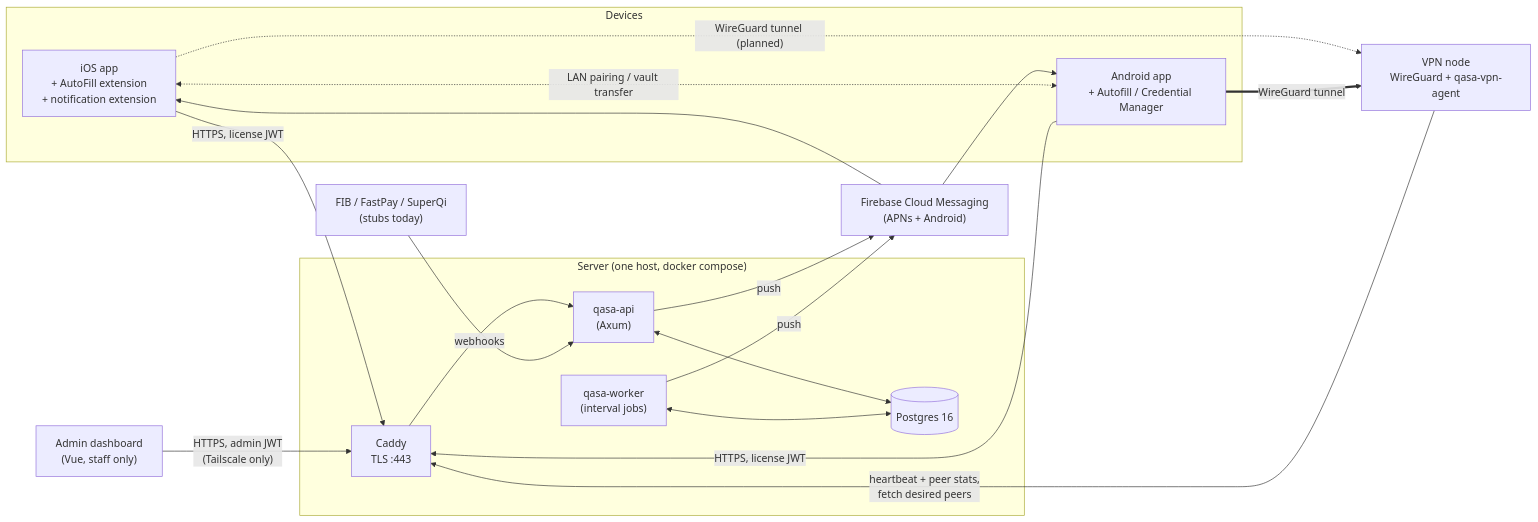
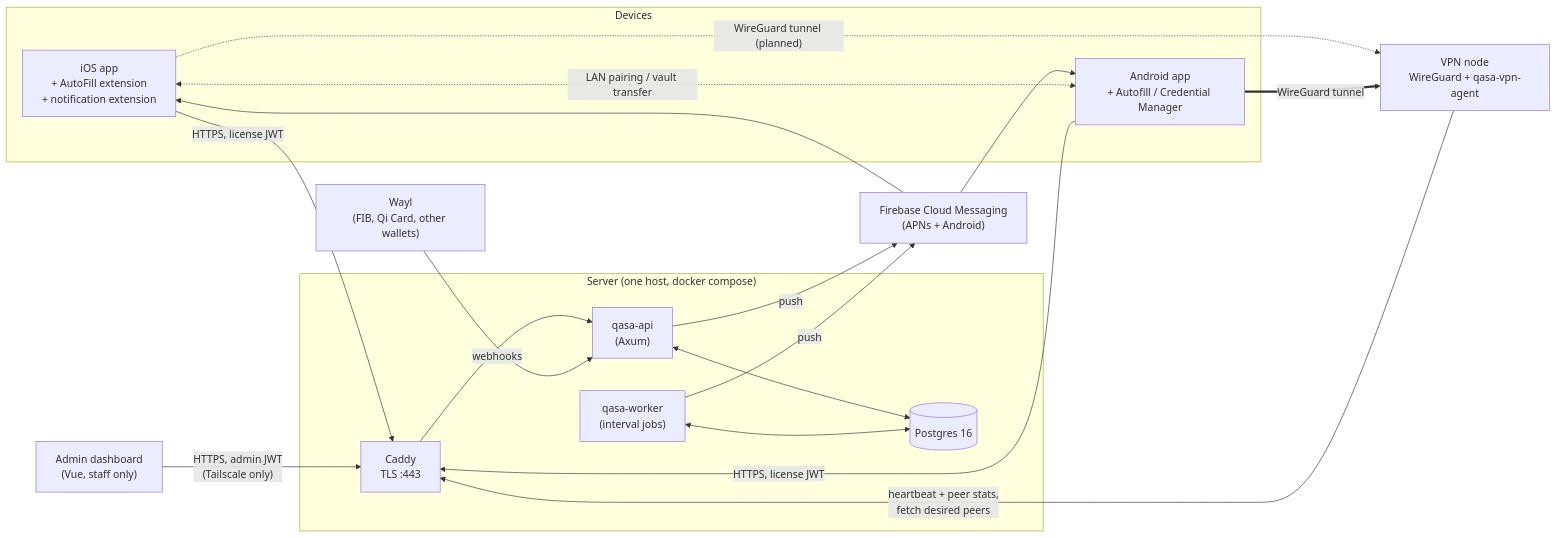
The diagram in ARCHITECTURE.md (Ali559/Qasa), drawn with Mermaid before and after one commit. The commit also changed other lines of this file and 9 other files, not shown here.

````diff
--- a/ARCHITECTURE.md
+++ b/ARCHITECTURE.md
@@ -78,35 +78,35 @@
 ```mermaid
 flowchart LR
   subgraph Devices
     IOS["iOS app<br/>+ AutoFill extension<br/>+ notification extension"]
     AND["Android app<br/>+ Autofill / Credential Manager"]
   end
   ADMIN["Admin dashboard<br/>(Vue, staff only)"]
 
   subgraph Server["Server (one host, docker compose)"]
     CADDY["Caddy<br/>TLS :443"]
     API["qasa-api<br/>(Axum)"]
     WORKER["qasa-worker<br/>(interval jobs)"]
     PG[("Postgres 16")]
   end
 
   NODE["VPN node<br/>WireGuard + qasa-vpn-agent"]
   FCM["Firebase Cloud Messaging<br/>(APNs + Android)"]
-  WALLET["FIB / FastPay / SuperQi<br/>(stubs today)"]
+  WALLET["Wayl<br/>(FIB, Qi Card, other wallets)"]
 
   IOS -- "HTTPS, license JWT" --> CADDY
   AND -- "HTTPS, license JWT" --> CADDY
   ADMIN -- "HTTPS, admin JWT<br/>(Tailscale only)" --> CADDY
   CADDY --> API
   API <--> PG
   WORKER <--> PG
   API -- push --> FCM
   WORKER -- push --> FCM
   FCM --> IOS
   FCM --> AND
   WALLET -- webhooks --> API
   NODE -- "heartbeat + peer stats,<br/>fetch desired peers" --> CADDY
   IOS -. "WireGuard tunnel (planned)" .-> NODE
   AND == "WireGuard tunnel" ==> NODE
   IOS <-. "LAN pairing / vault transfer" .-> AND
 ```
````
